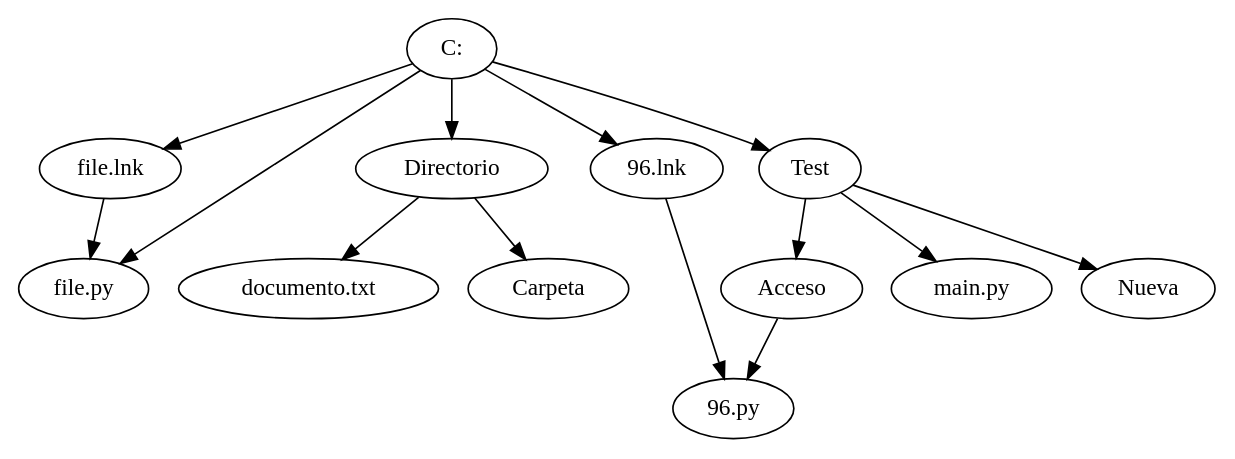
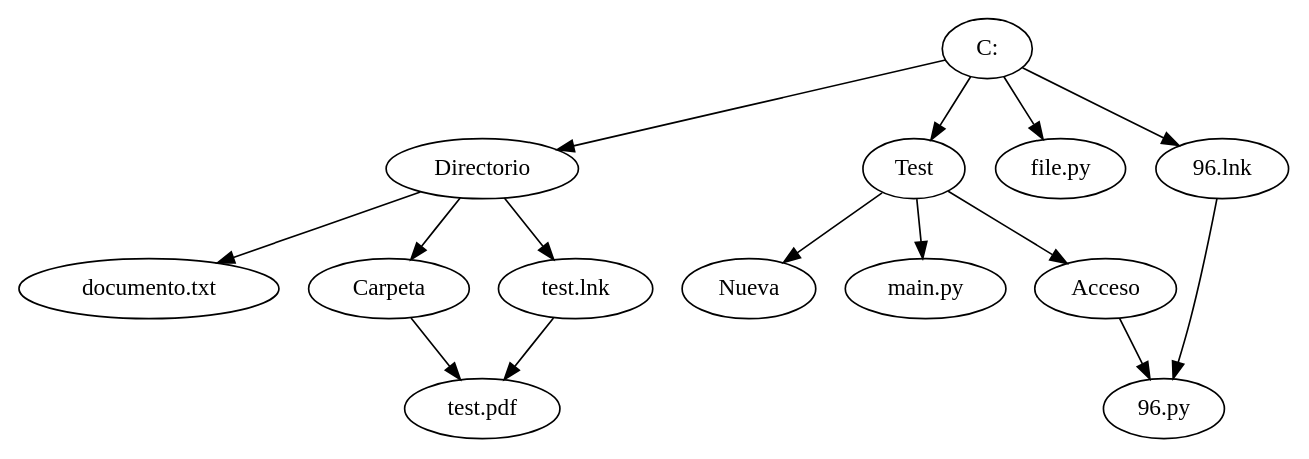
One commit to BryanBlacks/Algoritmos-y-Estructuras-de-Datos changed the diagram in Unidad II/III PAC/AED-0700-ProyectoNo2/Python/Memory/test.dot. Above: the diagram before and after it, drawn with Graphviz. The commit also changed 4 other files, not shown here.

```diff
--- a/Unidad II/III PAC/AED-0700-ProyectoNo2/Python/Memory/test.dot
+++ b/Unidad II/III PAC/AED-0700-ProyectoNo2/Python/Memory/test.dot
@@ -1,15 +1,16 @@
 strict digraph  {
-	"file.lnk" -> "file.py";
-	Acceso -> "96.py";
 	Directorio -> "documento.txt";
 	Directorio -> Carpeta;
+	Directorio -> "test.lnk";
+	Test -> Nueva;
+	Test -> "main.py";
+	Test -> Acceso;
+	"C:" -> Directorio;
+	"C:" -> Test;
+	"C:" -> "file.py";
+	"C:" -> "96.lnk";
+	Carpeta -> "test.pdf";
 	"96.lnk" -> "96.py";
-	"C:" -> "file.lnk";
-	"C:" -> "file.py";
-	"C:" -> Directorio;
-	"C:" -> "96.lnk";
-	"C:" -> Test;
-	Test -> Acceso;
-	Test -> "main.py";
-	Test -> Nueva;
+	"test.lnk" -> "test.pdf";
+	Acceso -> "96.py";
 }
```
